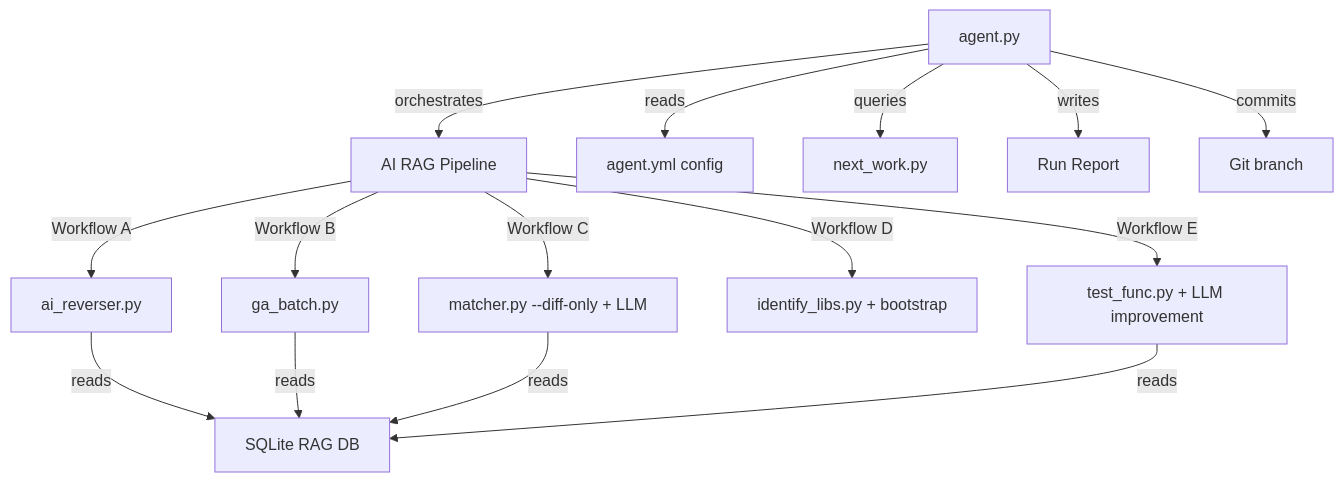
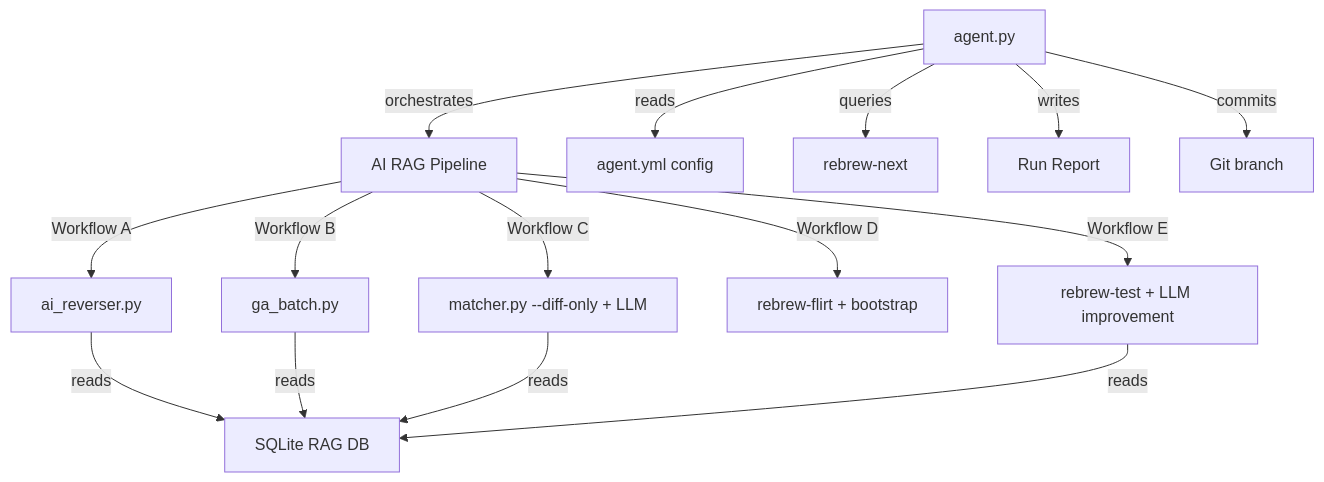
The fifth of 6 diagrams in docs/AGENT_PRD.md (maci0/rebrew), drawn with Mermaid before and after one commit. The commit also changed other lines of this file and 77 other files, not shown here.

````diff
--- a/docs/AGENT_PRD.md
+++ b/docs/AGENT_PRD.md
@@ -332,20 +332,20 @@
 ```mermaid
 graph TD
     A[agent.py] -->|orchestrates| B[AI RAG Pipeline]
     A -->|reads| C[agent.yml config]
-    A -->|queries| D[next_work.py]
+    A -->|queries| D[rebrew-next]
 
     B -->|Workflow A| E[ai_reverser.py]
     B -->|Workflow B| F[ga_batch.py]
     B -->|Workflow C| G[matcher.py --diff-only + LLM]
-    B -->|Workflow D| H[identify_libs.py + bootstrap]
-    B -->|Workflow E| I[test_func.py + LLM improvement]
+    B -->|Workflow D| H[rebrew-flirt + bootstrap]
+    B -->|Workflow E| I[rebrew-test + LLM improvement]
 
     E -->|reads| J[SQLite RAG DB]
     F -->|reads| J
     G -->|reads| J
     I -->|reads| J
 
     A -->|writes| K[Run Report]
     A -->|commits| L[Git branch]
 ```
````
